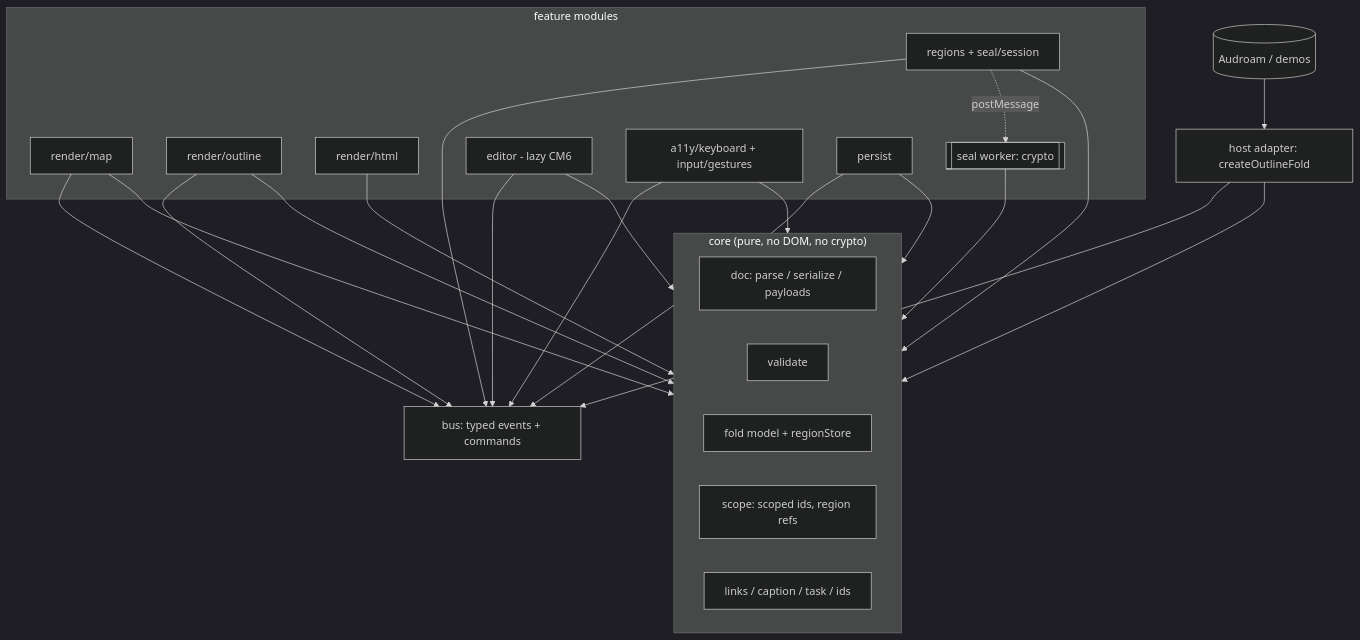
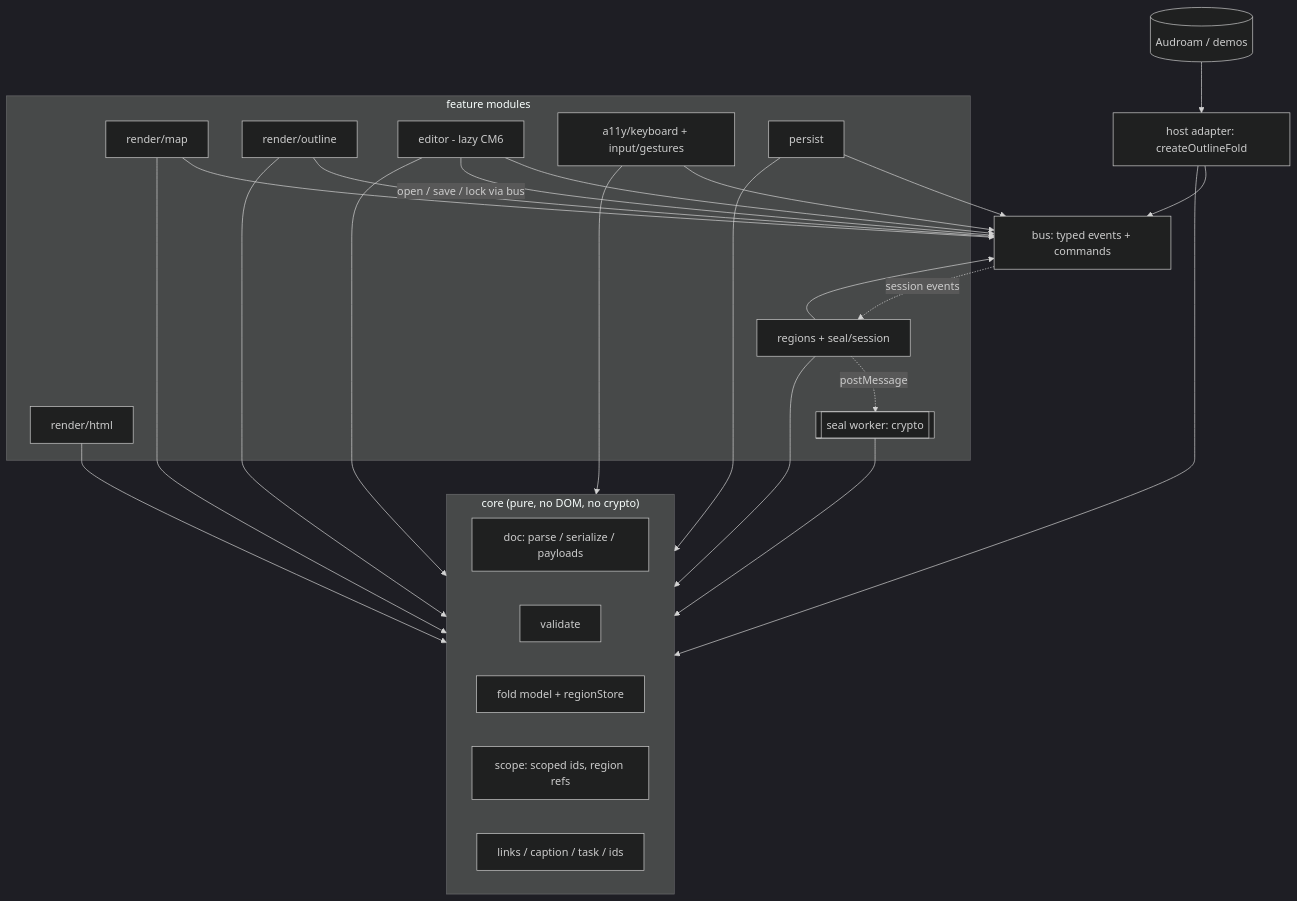
Before and after one commit to colinwirt/audroam-outline-fold: the diagram in docs/specs/20261101-outline-fold-v1-rebuild.md, drawn with Mermaid (dark theme). The commit also changed other lines of this file, not shown here.

Commit message:
docs(spec): Text editor hosts inline unsealed secure-zone editors; diagram, inventory, questions

````diff
--- a/docs/specs/20261101-outline-fold-v1-rebuild.md
+++ b/docs/specs/20261101-outline-fold-v1-rebuild.md
@@ -67,31 +68,33 @@
 ```mermaid
 flowchart TB
   subgraph core["core (pure, no DOM, no crypto)"]
     doc[doc: parse / serialize / payloads]
     val[validate]
     fold[fold model + regionStore]
     scope[scope: scoped ids, region refs]
     links[links / caption / task / ids]
   end
   bus[bus: typed events + commands]
   subgraph mods["feature modules"]
     map[render/map]
     outline[render/outline]
     html[render/html]
     regions[regions + seal/session]
     worker[[seal worker: crypto]]
     editor[editor - lazy CM6]
     a11y[a11y/keyboard + input/gestures]
     persist[persist]
   end
   host[host adapter: createOutlineFold]
   app[(Audroam / demos)]
   app --> host
   host --> bus
   host --> core
   map & outline & regions & editor & a11y & persist --> bus
   map & outline & html & regions & editor & persist --> core
   a11y --> core
   regions -.postMessage.-> worker
+  editor -- "open / save / lock via bus" --> bus
+  bus -. session events .-> regions
   worker --> core
 ```
````
